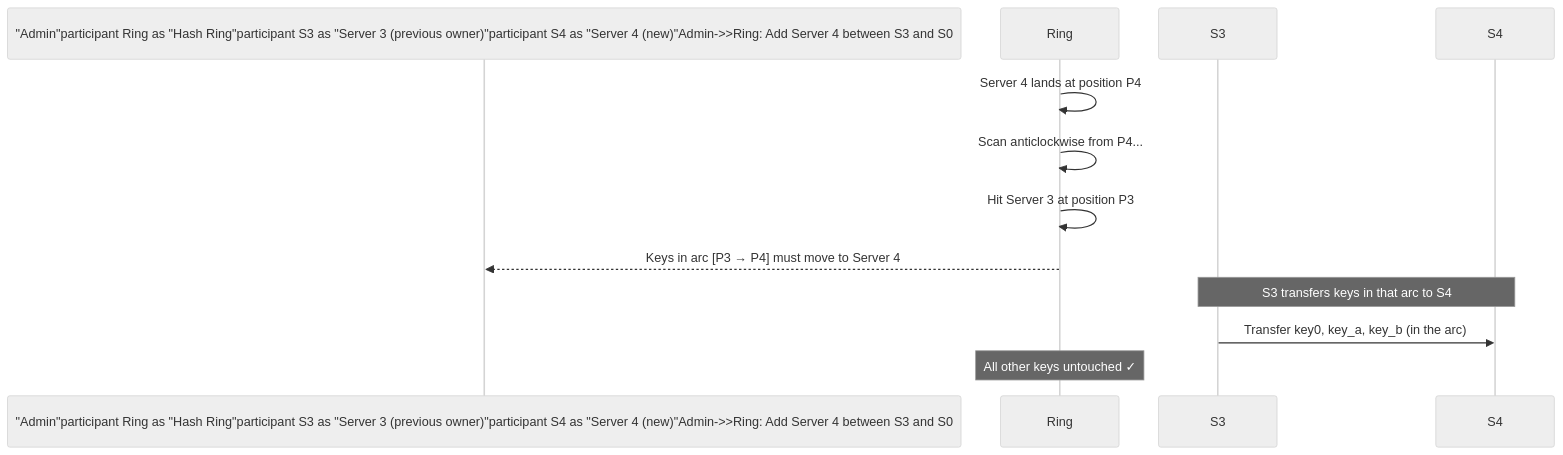
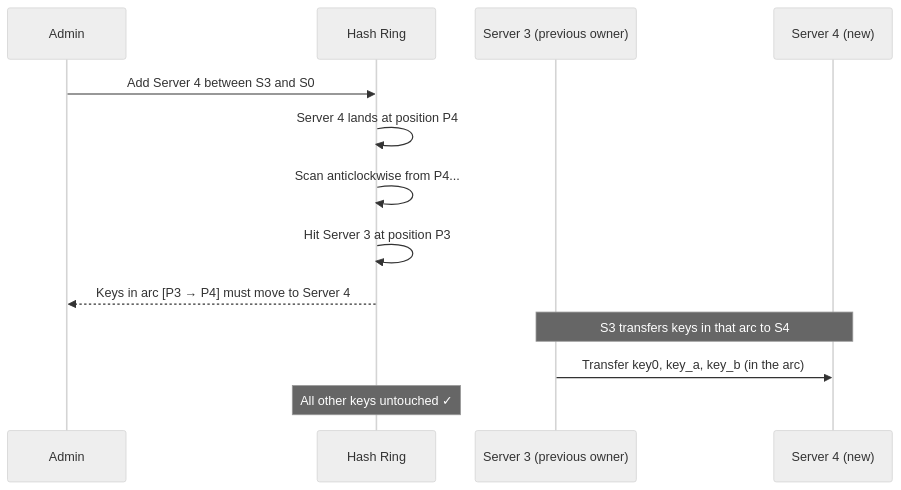
One commit to devops-monk/system-design-blog changed diagram 14 of 23 in content/posts/2026/design-consistent-hashing.md. Above: the diagram before and after it, drawn with Mermaid (neutral theme). The commit also changed other lines of this file and 4 other files, not shown here.

First line of the commit message:
fix(diagrams): repair mermaid blocks broken by the emoji strip

````diff
--- a/content/posts/2026/design-consistent-hashing.md
+++ b/content/posts/2026/design-consistent-hashing.md
@@ -511,13 +512,17 @@
 ```mermaid
 sequenceDiagram
-    participant Admin as "Admin"participant Ring as "Hash Ring"participant S3 as "Server 3 (previous owner)"participant S4 as "Server 4 (new)"Admin->>Ring: Add Server 4 between S3 and S0
+    participant Admin as Admin
+    participant Ring as Hash Ring
+    participant S3 as Server 3 (previous owner)
+    participant S4 as Server 4 (new)
+    Admin->>Ring: Add Server 4 between S3 and S0
     Ring->>Ring: Server 4 lands at position P4
     Ring->>Ring: Scan anticlockwise from P4...
     Ring->>Ring: Hit Server 3 at position P3
     Ring-->>Admin: Keys in arc [P3 → P4] must move to Server 4
 
     Note over S3,S4: S3 transfers keys in that arc to S4
     S3->>S4: Transfer key0, key_a, key_b (in the arc)
 
     Note over Ring: All other keys untouched ✓
 ```
````
